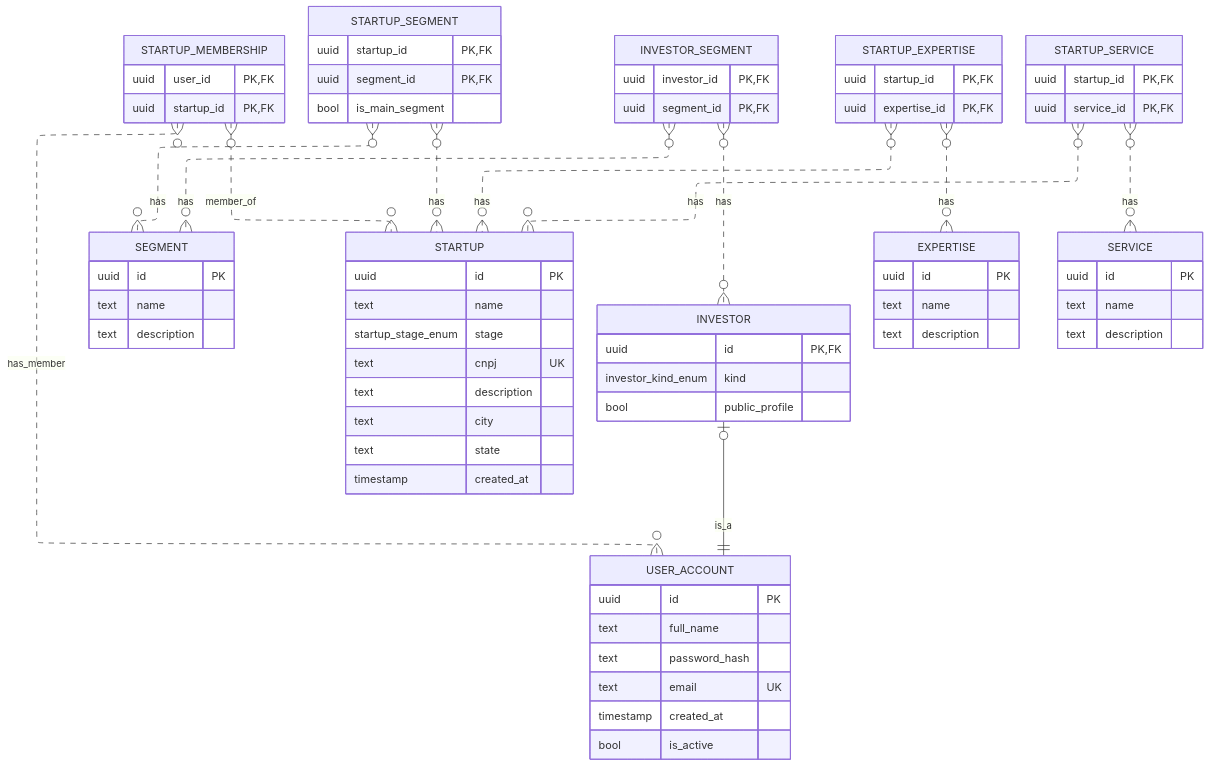
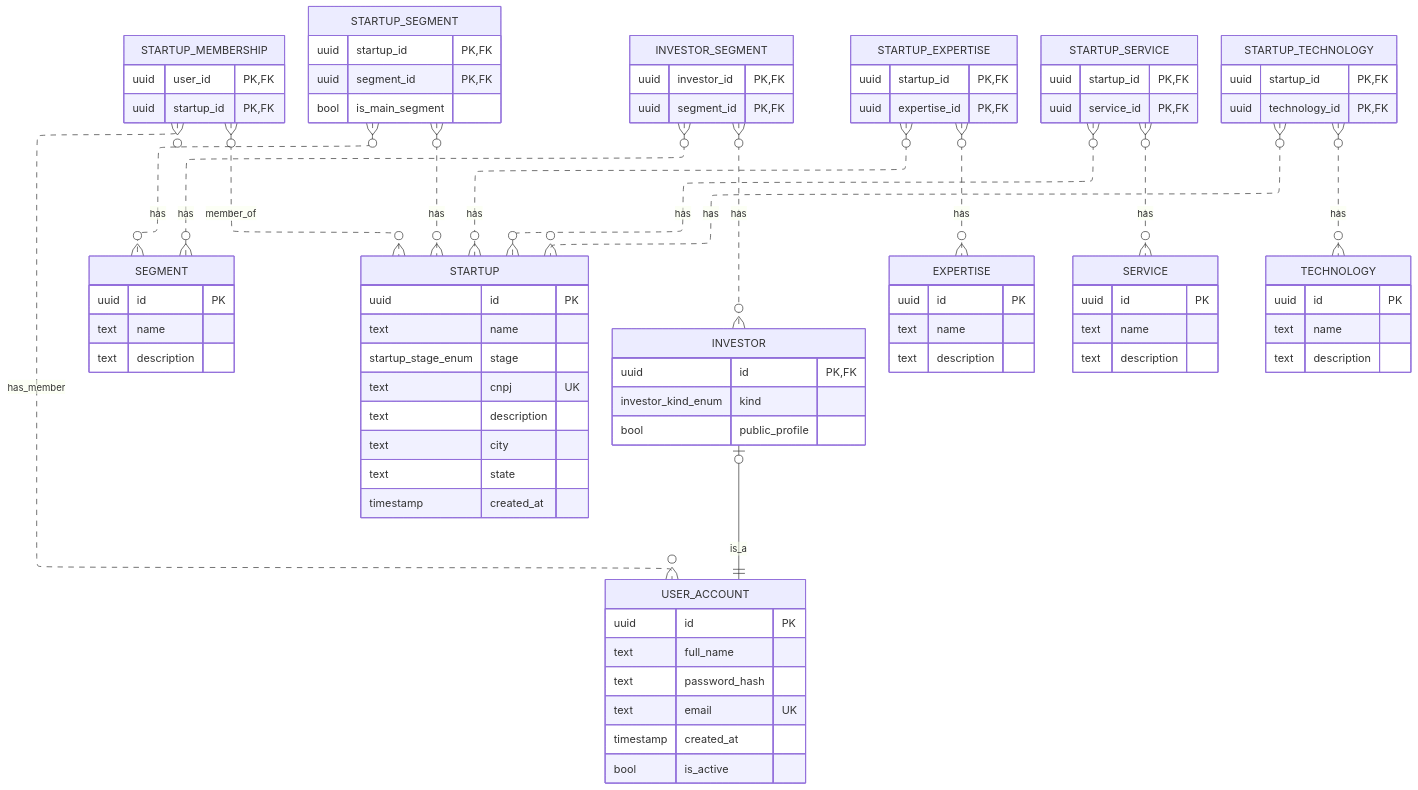
Before and after one commit to gislanysa/RecinTech: the diagram in backend/README.md, drawn with Mermaid.

Commit message:
fix(docs): adicionar tabela de tecnologias no diagrama

````diff
--- a/backend/README.md
+++ b/backend/README.md
@@ -86,4 +86,17 @@
     uuid startup_id PK, FK
     uuid service_id PK, FK
   }
+
+  TECHNOLOGY {
+    uuid id PK
+    text name
+    text description
+  }
+
+  STARTUP_TECHNOLOGY }o..o{ STARTUP : has
+  STARTUP_TECHNOLOGY }o..o{ TECHNOLOGY : has
+  STARTUP_TECHNOLOGY {
+    uuid startup_id PK, FK
+    uuid technology_id PK, FK
+  }
 ```
````
